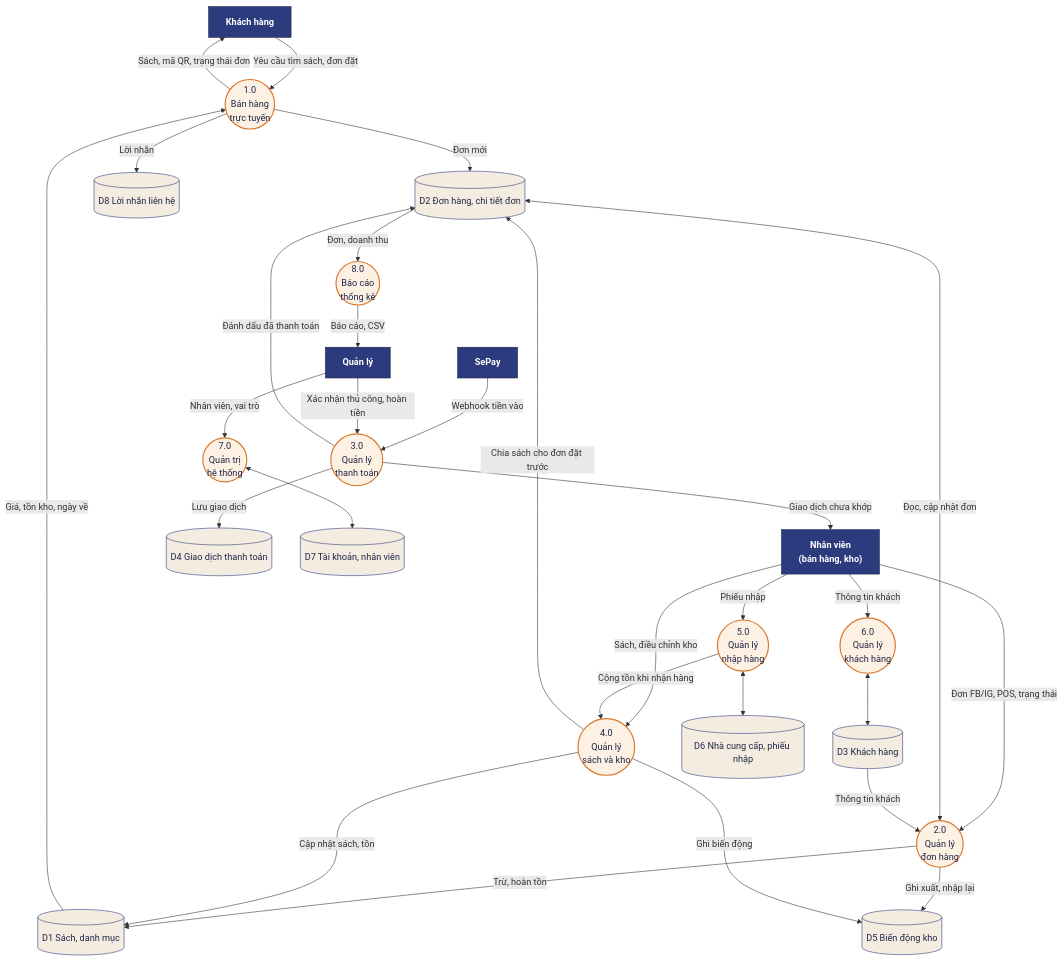
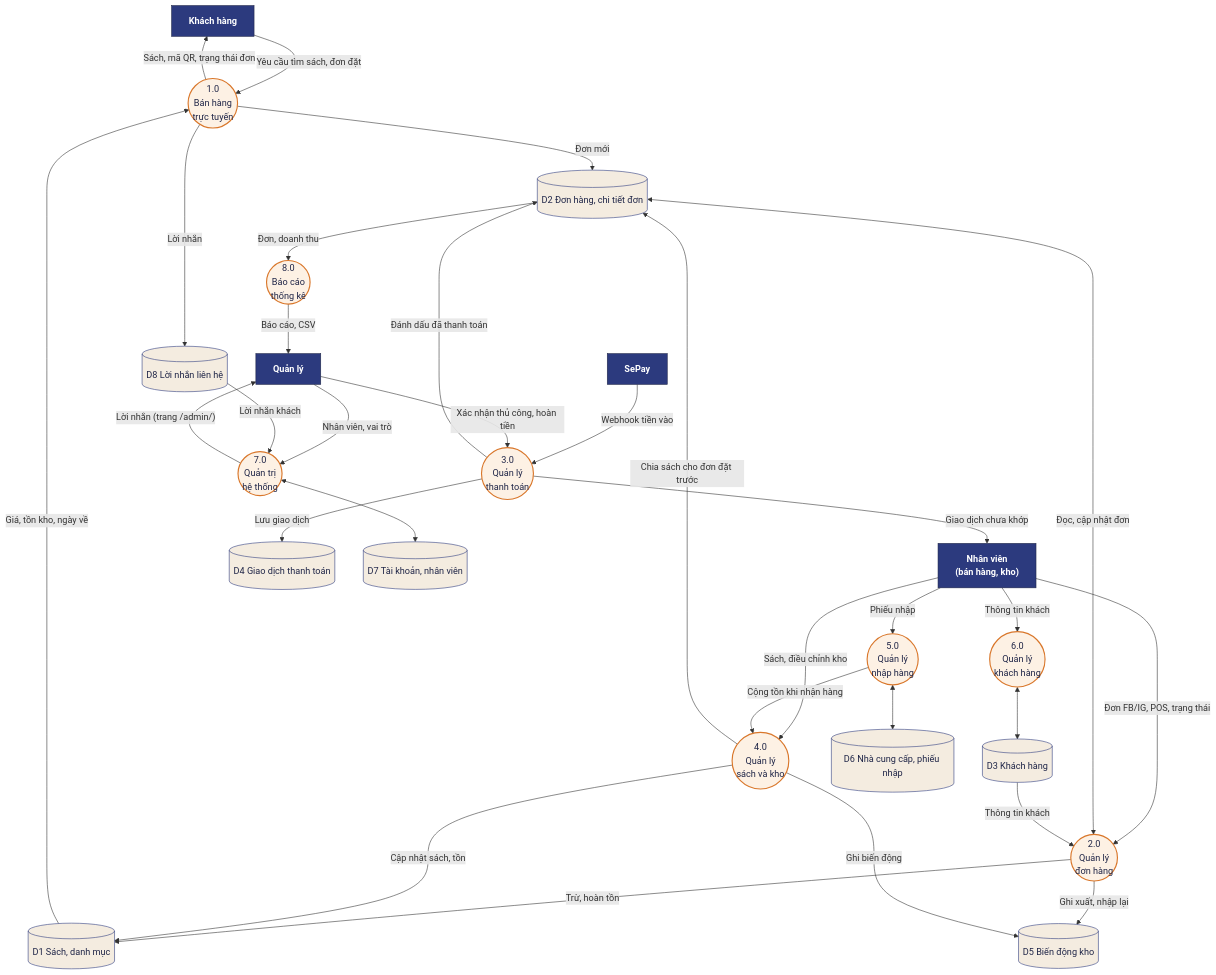
Before and after one commit to tonga-ai-star/HEPSTORE_JAPAN_FULL: the diagram in docs/diagrams/DFD_muc_1.mmd, drawn with Mermaid. The commit also changed 10 other files, not shown here.

Commit message:
docs: sửa sơ đồ cho khớp code (tự hủy đơn, khớp giao dịch, middleware, lời nhắn); đổi tên trang /admin/ sang Hép Bookstore

```diff
--- a/docs/diagrams/DFD_muc_1.mmd
+++ b/docs/diagrams/DFD_muc_1.mmd
@@ -1,52 +1,54 @@
 flowchart TB
   KH["Khách hàng"]:::ent
   NV["Nhân viên<br/>(bán hàng, kho)"]:::ent
   QL["Quản lý"]:::ent
   SP["SePay"]:::ent
   P1(("1.0<br/>Bán hàng<br/>trực tuyến")):::proc
   P2(("2.0<br/>Quản lý<br/>đơn hàng")):::proc
   P3(("3.0<br/>Quản lý<br/>thanh toán")):::proc
   P4(("4.0<br/>Quản lý<br/>sách và kho")):::proc
   P5(("5.0<br/>Quản lý<br/>nhập hàng")):::proc
   P6(("6.0<br/>Quản lý<br/>khách hàng")):::proc
   P7(("7.0<br/>Quản trị<br/>hệ thống")):::proc
   P8(("8.0<br/>Báo cáo<br/>thống kê")):::proc
   D1[("D1 Sách, danh mục")]:::store
   D2[("D2 Đơn hàng, chi tiết đơn")]:::store
   D3[("D3 Khách hàng")]:::store
   D4[("D4 Giao dịch thanh toán")]:::store
   D5[("D5 Biến động kho")]:::store
   D6[("D6 Nhà cung cấp, phiếu nhập")]:::store
   D7[("D7 Tài khoản, nhân viên")]:::store
   D8[("D8 Lời nhắn liên hệ")]:::store
   KH -- "Yêu cầu tìm sách, đơn đặt" --> P1
   P1 -- "Sách, mã QR, trạng thái đơn" --> KH
   D1 -- "Giá, tồn kho, ngày về" --> P1
   P1 -- "Đơn mới" --> D2
   P1 -- "Lời nhắn" --> D8
   NV -- "Đơn FB/IG, POS, trạng thái" --> P2
   D2 <-- "Đọc, cập nhật đơn" --> P2
   P2 -- "Trừ, hoàn tồn" --> D1
   P2 -- "Ghi xuất, nhập lại" --> D5
   D3 -- "Thông tin khách" --> P2
   SP -- "Webhook tiền vào" --> P3
   P3 -- "Lưu giao dịch" --> D4
   P3 -- "Đánh dấu đã thanh toán" --> D2
   QL -- "Xác nhận thủ công, hoàn tiền" --> P3
   P3 -- "Giao dịch chưa khớp" --> NV
   NV -- "Sách, điều chỉnh kho" --> P4
   P4 -- "Cập nhật sách, tồn" --> D1
   P4 -- "Ghi biến động" --> D5
   P4 -- "Chia sách cho đơn đặt trước" --> D2
   NV -- "Phiếu nhập" --> P5
   P5 <--> D6
   P5 -- "Cộng tồn khi nhận hàng" --> P4
   NV -- "Thông tin khách" --> P6
   P6 <--> D3
   QL -- "Nhân viên, vai trò" --> P7
   P7 <--> D7
+  D8 -- "Lời nhắn khách" --> P7
+  P7 -- "Lời nhắn (trang /admin/)" --> QL
   D2 -- "Đơn, doanh thu" --> P8
   P8 -- "Báo cáo, CSV" --> QL
   classDef ent fill:#2c3a7e,stroke:#1f2547,color:#ffffff,font-weight:bold
   classDef proc fill:#fdf1e4,stroke:#d9772b,stroke-width:2px,color:#1f2547
   classDef store fill:#f4ece0,stroke:#2c3a7e,stroke-dasharray:0,color:#1f2547
```
